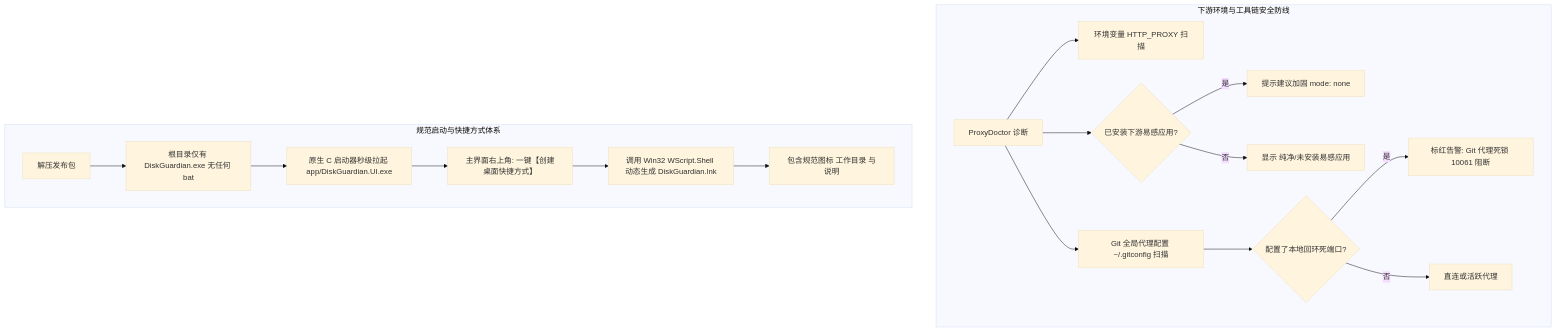
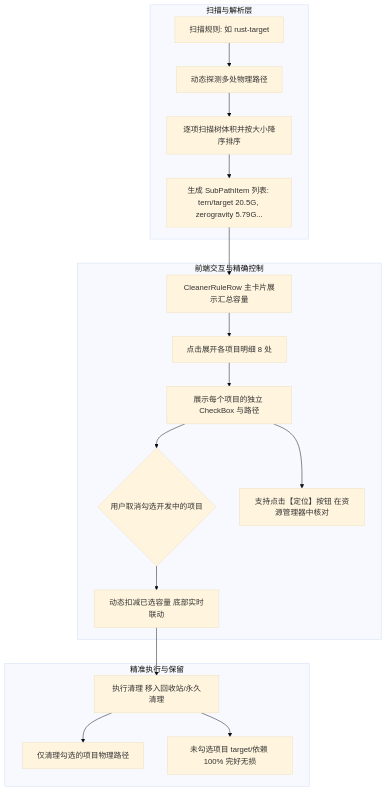
Before and after one commit to HMuSeaB/disk-guardian: the diagram in .antigravity_docs/walkthroughs/walkthrough.md, drawn with Mermaid (base theme). The commit also changed other lines of this file and 9 other files, not shown here.

Commit message:
feat: support itemized project sub-options for rust target and node modules

````diff
--- a/.antigravity_docs/walkthroughs/walkthrough.md
+++ b/.antigravity_docs/walkthroughs/walkthrough.md
@@ -16,21 +14,23 @@
 ```mermaid
 graph TD
-    subgraph 下游环境与工具链安全防线
-        A[ProxyDoctor 诊断] --> B[环境变量 HTTP_PROXY 扫描]
-        A --> C[Git 全局代理配置 ~/.gitconfig 扫描]
-        A --> D{已安装下游易感应用?}
-        D -- 是 --> E[提示建议加固 mode: none]
-        D -- 否 --> F[显示 纯净/未安装易感应用]
-        C --> G{配置了本地回环死端口?}
-        G -- 是 --> H[标红告警: Git 代理死锁 10061 阻断]
-        G -- 否 --> I[直连或活跃代理]
+    subgraph 扫描与解析层
+        A[扫描规则: 如 rust-target] --> B[动态探测多处物理路径]
+        B --> C[逐项扫描树体积并按大小降序排序]
+        C --> D[生成 SubPathItem 列表: tern/target 20.5G, zerogravity 5.79G...]
     end
 
-    subgraph 规范启动与快捷方式体系
-        J[解压发布包] --> K[根目录仅有 DiskGuardian.exe 无任何 bat]
-        K --> L[原生 C 启动器秒级拉起 app/DiskGuardian.UI.exe]
-        L --> M[主界面右上角: 一键【创建桌面快捷方式】]
-        M --> N[调用 Win32 WScript.Shell 动态生成 DiskGuardian.lnk]
-        N --> O[包含规范图标 工作目录 与说明]
+    subgraph 前端交互与精确控制
+        D --> E[CleanerRuleRow 主卡片展示汇总容量]
+        E --> F[点击展开各项目明细 8 处]
+        F --> G[展示每个项目的独立 CheckBox 与路径]
+        G --> H{用户取消勾选开发中的项目}
+        H --> I[动态扣减已选容量 底部实时联动]
+        G --> J[支持点击【定位】按钮 在资源管理器中核对]
+    end
+
+    subgraph 精准执行与保留
+        I --> K[执行清理 移入回收站/永久清理]
+        K --> L[仅清理勾选的项目物理路径]
+        K --> M[未勾选项目 target/依赖 100% 完好无损]
     end
 ```
````
